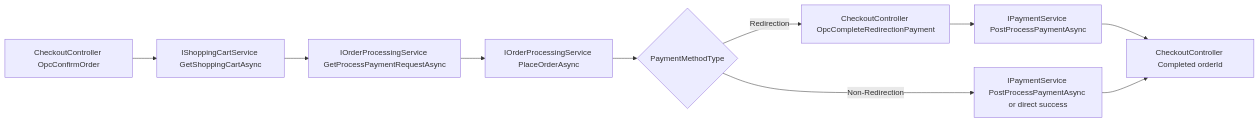
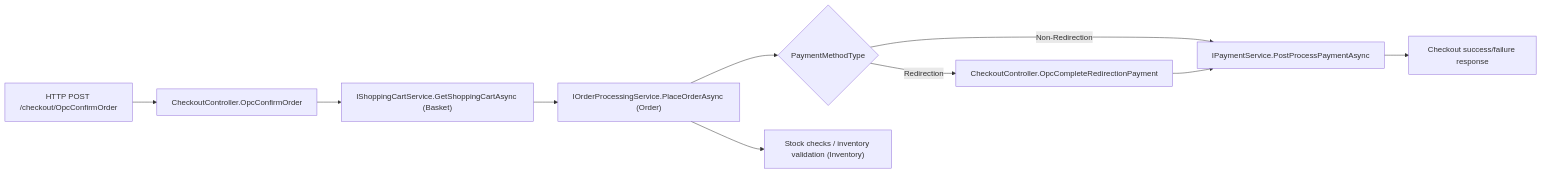
Before and after one commit to TomasBras/AS_Project-1: the diagram in ARCHITECTURE.md, drawn with Mermaid. The commit also changed other lines of this file and 4 other files, not shown here.

````diff
--- a/ARCHITECTURE.md
+++ b/ARCHITECTURE.md
@@ -212,16 +367,12 @@
 ```mermaid
 flowchart LR
-  A["CheckoutController OpcConfirmOrder"] --> B["IShoppingCartService GetShoppingCartAsync"]
-  B --> C["IOrderProcessingService GetProcessPaymentRequestAsync"]
-  C --> D["IOrderProcessingService PlaceOrderAsync"]
-
+  A["HTTP POST /checkout/OpcConfirmOrder"] --> B["CheckoutController.OpcConfirmOrder"]
+  B --> C["IShoppingCartService.GetShoppingCartAsync (Basket)"]
+  C --> D["IOrderProcessingService.PlaceOrderAsync (Order)"]
   D --> E{PaymentMethodType}
-
-  E -->|Redirection| F["CheckoutController OpcCompleteRedirectionPayment"]
-  F --> G["IPaymentService PostProcessPaymentAsync"]
-
-  E -->|Non-Redirection| H["IPaymentService PostProcessPaymentAsync or direct success"]
-
-  G --> I["CheckoutController Completed orderId"]
-  H --> I
+  E -->|Redirection| F["CheckoutController.OpcCompleteRedirectionPayment"]
+  E -->|Non-Redirection| G["IPaymentService.PostProcessPaymentAsync"]
+  F --> G
+  D --> H["Stock checks / inventory validation (Inventory)"]
+  G --> I["Checkout success/failure response"]
 ```
````
